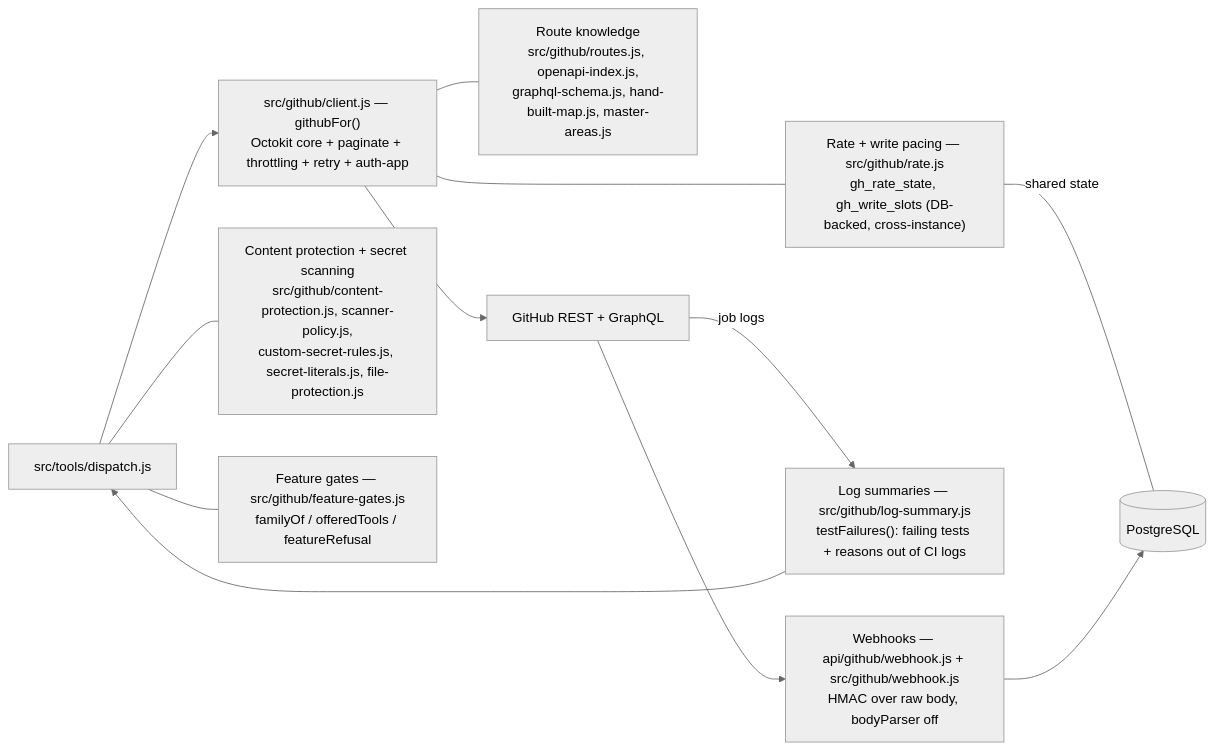
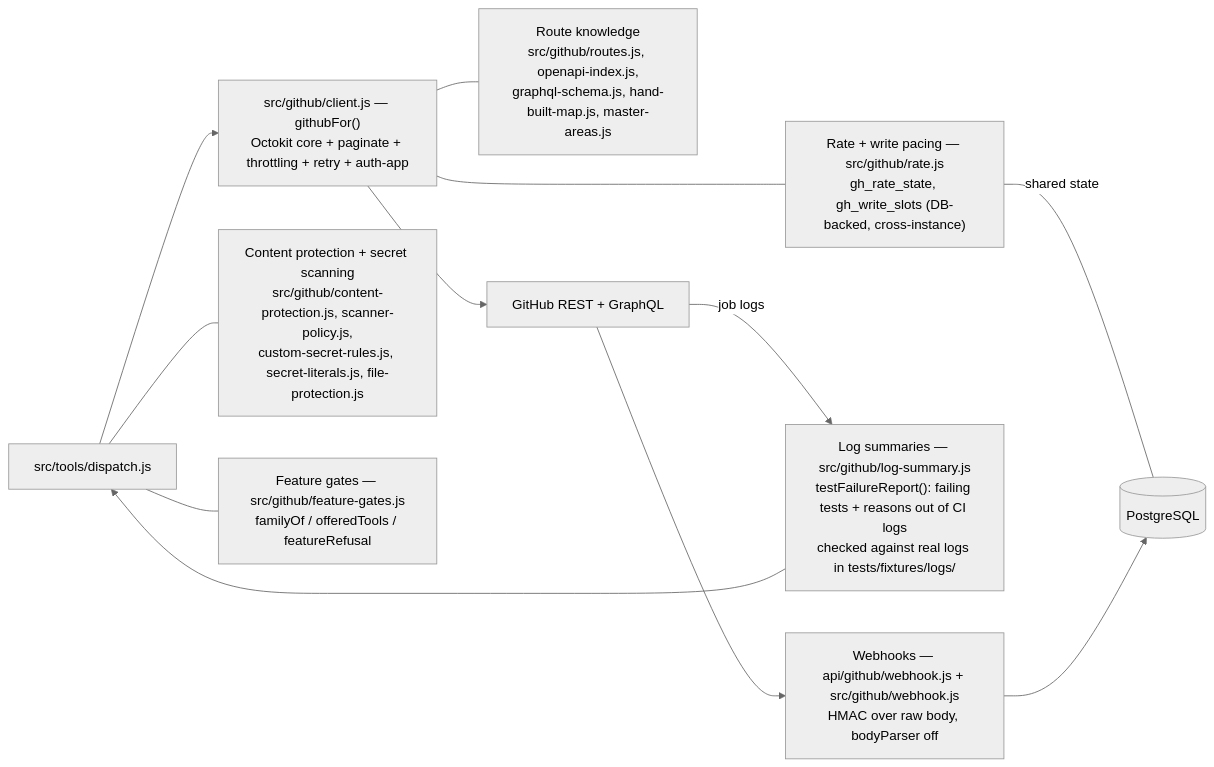
One commit to Robinson-AI-Systems/github-mcp changed the diagram in docs/relational-map/github-backend-and-safety.md. Above: the diagram before and after it, drawn with Mermaid (neutral theme). The commit also changed other lines of this file and 6 other files, not shown here.

````diff
--- a/docs/relational-map/github-backend-and-safety.md
+++ b/docs/relational-map/github-backend-and-safety.md
@@ -3,21 +3,21 @@
 ```mermaid
 flowchart LR
   Dispatch["src/tools/dispatch.js"]
   Client["src/github/client.js — githubFor()<br/>Octokit core + paginate + throttling + retry + auth-app"]
   Routes["Route knowledge<br/>src/github/routes.js, openapi-index.js,<br/>graphql-schema.js, hand-built-map.js, master-areas.js"]
   Rate["Rate + write pacing — src/github/rate.js<br/>gh_rate_state, gh_write_slots (DB-backed, cross-instance)"]
   GH["GitHub REST + GraphQL"]
-  LogSum["Log summaries — src/github/log-summary.js<br/>testFailures(): failing tests + reasons out of CI logs"]
+  LogSum["Log summaries — src/github/log-summary.js<br/>testFailureReport(): failing tests + reasons out of CI logs<br/>checked against real logs in tests/fixtures/logs/"]
   Webhook["Webhooks — api/github/webhook.js + src/github/webhook.js<br/>HMAC over raw body, bodyParser off"]
   Scan["Content protection + secret scanning<br/>src/github/content-protection.js, scanner-policy.js,<br/>custom-secret-rules.js, secret-literals.js, file-protection.js"]
   Feature["Feature gates — src/github/feature-gates.js<br/>familyOf / offeredTools / featureRefusal"]
 
   Dispatch --> Client --> GH
   Client --- Routes
   Client --- Rate
   Rate ---|"shared state"| DB[("PostgreSQL")]
   GH -->|"job logs"| LogSum --> Dispatch
   GH --> Webhook --> DB
   Dispatch --- Scan
   Dispatch --- Feature
 ```
````
